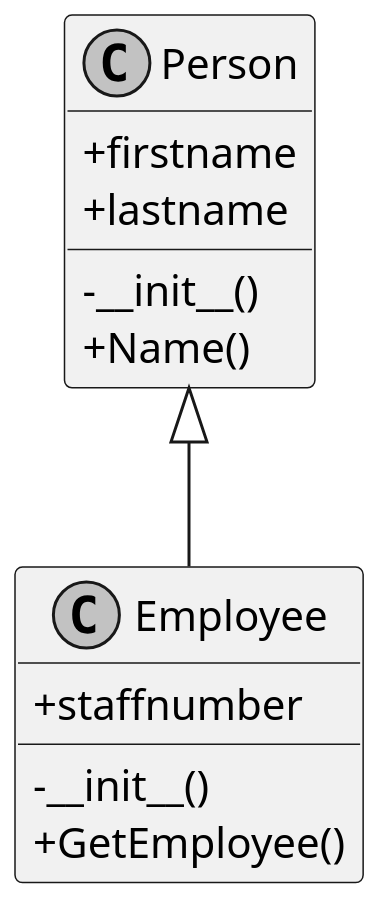
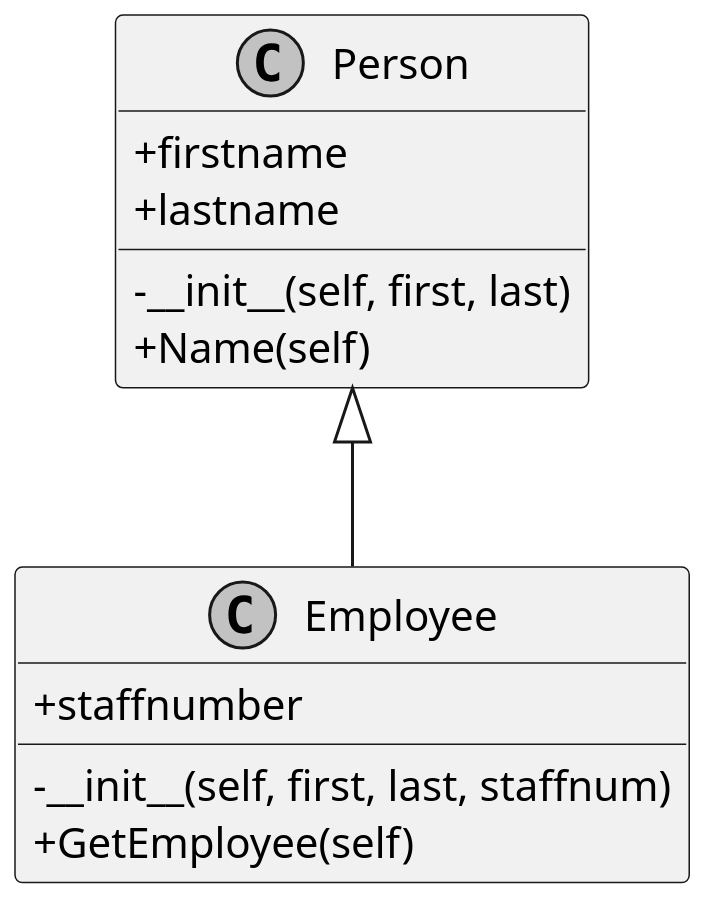
Before and after one commit to deadbok/py-puml-tools: the diagram in py2puml/examples/person.puml, drawn with PlantUML. The commit also changed 4 other files, not shown here.

```diff
--- a/py2puml/examples/person.puml
+++ b/py2puml/examples/person.puml
@@ -1,20 +1,20 @@
 @startuml
 skinparam monochrome true
 skinparam classAttributeIconSize 0
 scale 2
 
 class Person {
   +firstname
   +lastname
-  -__init__()
-  +Name()
+  -__init__(self, first, last)
+  +Name(self)
 }
 
 Person <|-- Employee
 class Employee {
   +staffnumber
-  -__init__()
-  +GetEmployee()
+  -__init__(self, first, last, staffnum)
+  +GetEmployee(self)
 }
 
 @enduml
```
